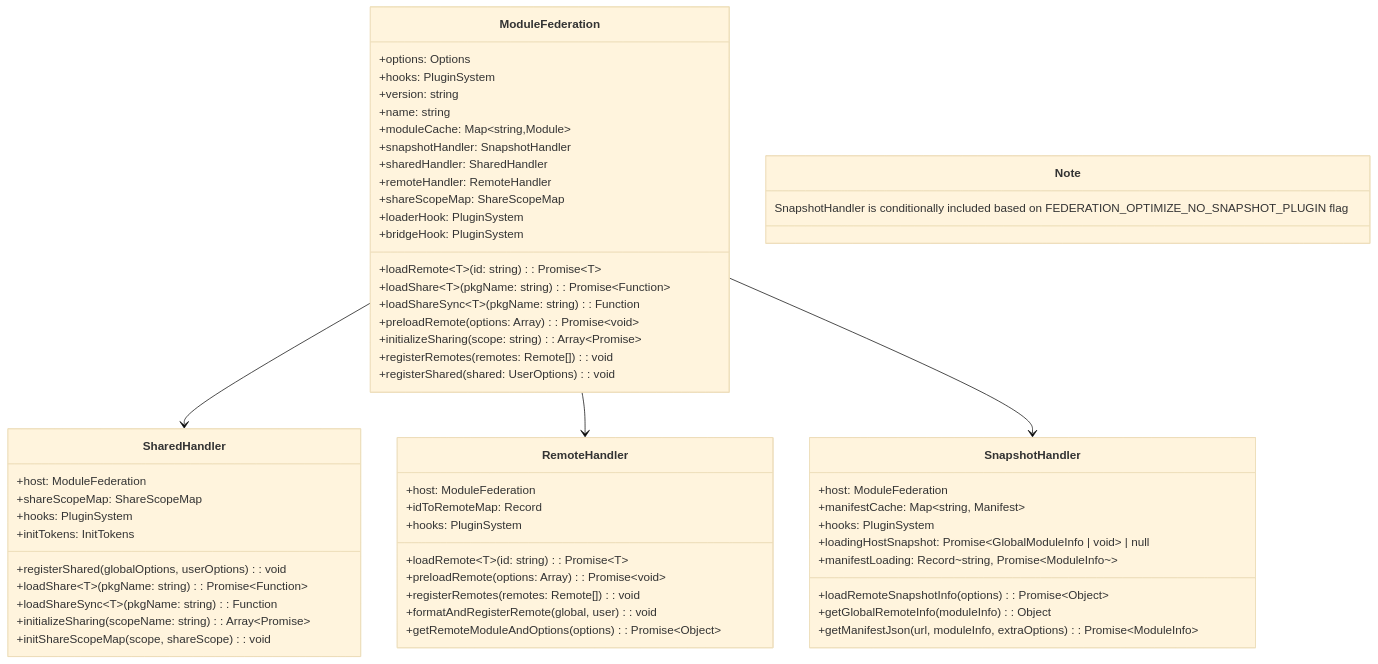
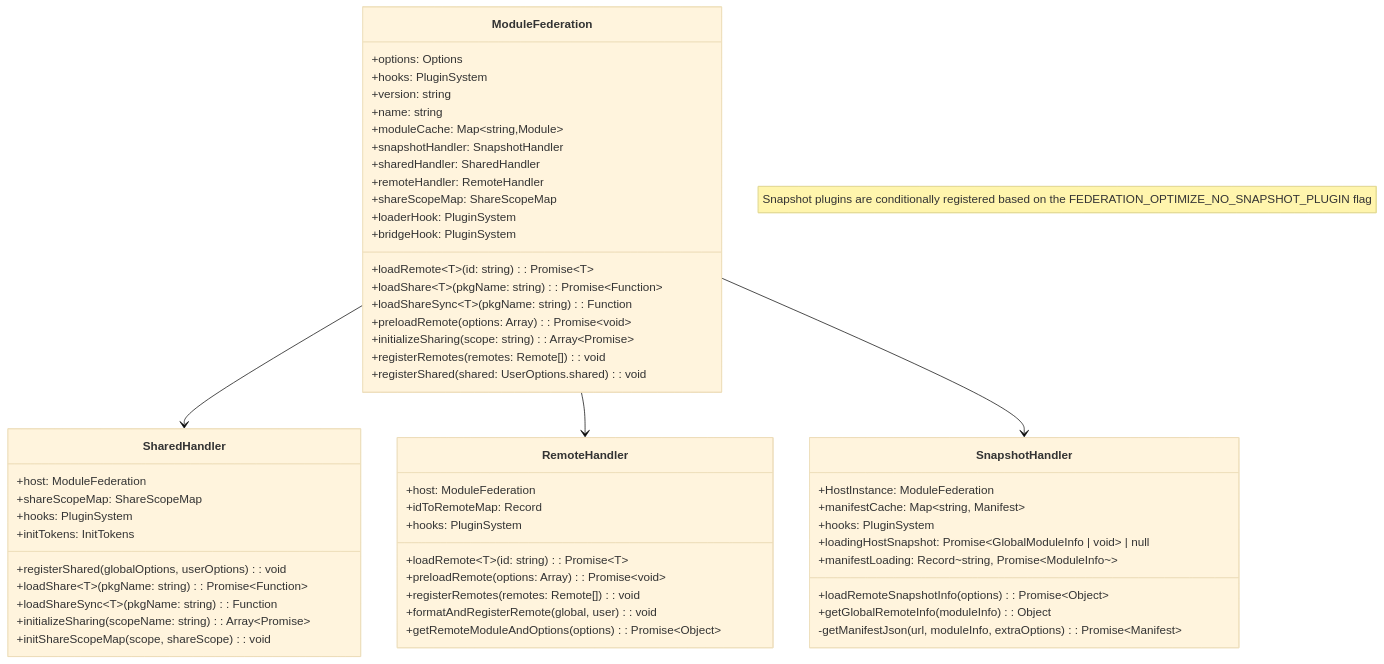
Before and after one commit to module-federation/core: the second of 3 diagrams in arch-doc/runtime-architecture.md, drawn with Mermaid (base theme). The commit also changed other lines of this file and 17 other files, not shown here.

Commit message:
docs: correct factual inaccuracies in architecture docs (#4861)

````diff
--- a/arch-doc/runtime-architecture.md
+++ b/arch-doc/runtime-architecture.md
@@ -96,67 +96,67 @@
 ```mermaid
 classDiagram
     class ModuleFederation {
         +options: Options
         +hooks: PluginSystem
         +version: string
         +name: string
         +moduleCache: Map~string,Module~
         +snapshotHandler: SnapshotHandler
         +sharedHandler: SharedHandler
         +remoteHandler: RemoteHandler
         +shareScopeMap: ShareScopeMap
         +loaderHook: PluginSystem
         +bridgeHook: PluginSystem
 
         +loadRemote~T~(id: string): Promise~T~
         +loadShare~T~(pkgName: string): Promise~Function~
         +loadShareSync~T~(pkgName: string): Function
         +preloadRemote(options: Array): Promise~void~
         +initializeSharing(scope: string): Array~Promise~
         +registerRemotes(remotes: Remote[]): void
-        +registerShared(shared: UserOptions): void
+        +registerShared(shared: UserOptions.shared): void
     }
 
     class SharedHandler {
         +host: ModuleFederation
         +shareScopeMap: ShareScopeMap
         +hooks: PluginSystem
         +initTokens: InitTokens
 
         +registerShared(globalOptions, userOptions): void
         +loadShare~T~(pkgName: string): Promise~Function~
         +loadShareSync~T~(pkgName: string): Function
         +initializeSharing(scopeName: string): Array~Promise~
         +initShareScopeMap(scope, shareScope): void
     }
 
     class RemoteHandler {
         +host: ModuleFederation
         +idToRemoteMap: Record
         +hooks: PluginSystem
 
         +loadRemote~T~(id: string): Promise~T~
         +preloadRemote(options: Array): Promise~void~
         +registerRemotes(remotes: Remote[]): void
         +formatAndRegisterRemote(global, user): void
         +getRemoteModuleAndOptions(options): Promise~Object~
     }
 
     class SnapshotHandler {
-        +host: ModuleFederation
+        +HostInstance: ModuleFederation
         +manifestCache: Map~string, Manifest~
         +hooks: PluginSystem
         +loadingHostSnapshot: Promise~GlobalModuleInfo | void~ | null
         +manifestLoading: Record~string, Promise~ModuleInfo~~
 
         +loadRemoteSnapshotInfo(options): Promise~Object~
         +getGlobalRemoteInfo(moduleInfo): Object
-        +getManifestJson(url, moduleInfo, extraOptions): Promise~ModuleInfo~
+        -getManifestJson(url, moduleInfo, extraOptions): Promise~Manifest~
     }
 
-    Note: SnapshotHandler is conditionally included based on FEDERATION_OPTIMIZE_NO_SNAPSHOT_PLUGIN flag
+    note "Snapshot plugins are conditionally registered based on the FEDERATION_OPTIMIZE_NO_SNAPSHOT_PLUGIN flag"
 
     ModuleFederation --> SharedHandler
     ModuleFederation --> RemoteHandler
     ModuleFederation --> SnapshotHandler
 ```
````
